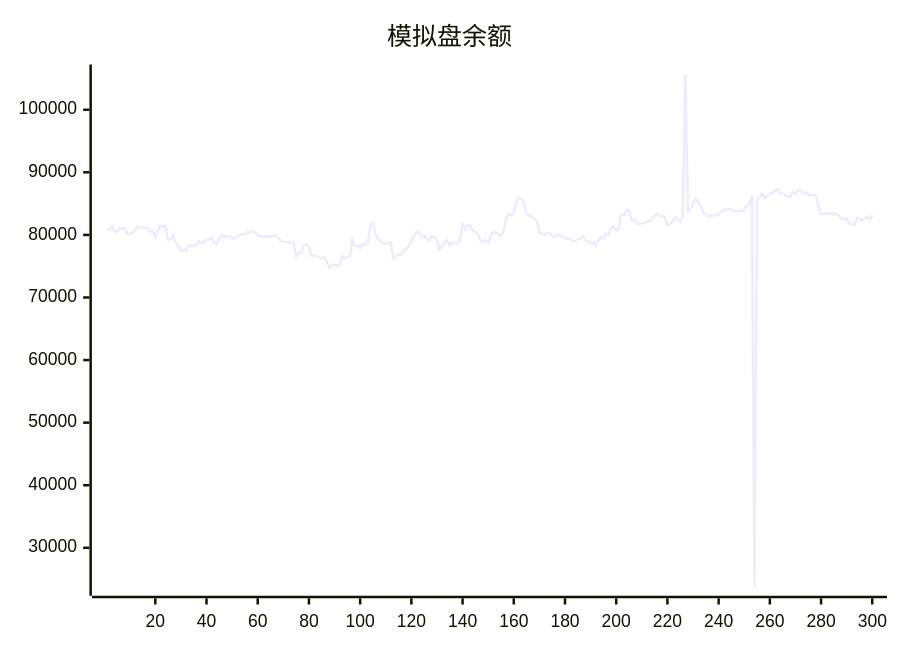
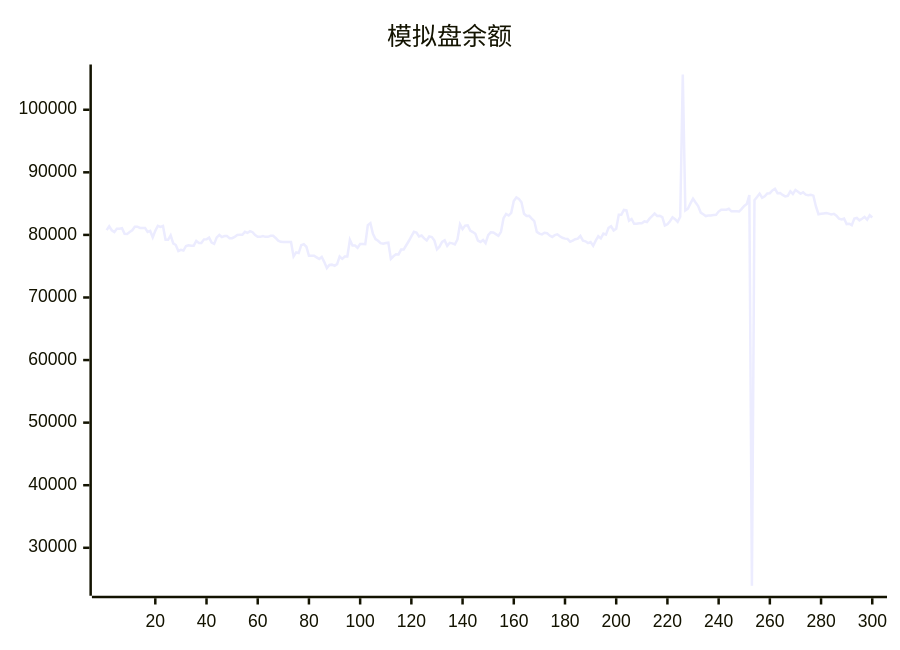
One commit to aahl/ai-trading changed the diagram in README.md. Above: the diagram before and after it, drawn with Mermaid. The commit also changed other lines of this file and 1 other file, not shown here.

````diff
--- a/README.md
+++ b/README.md
@@ -5,5 +5,5 @@
 ```mermaid
 xychart
     title "模拟盘余额"
-    line [80934,80770,81371,80742,80468,80989,80989,81067,80191,80155,80450,80737,81309,81309,81106,81119,81119,80471,80631,79624,80670,81448,81290,81429,79212,79222,79940,78643,78380,77432,77623,77504,78235,78358,78284,78277,79048,78714,78714,79290,79308,79567,78763,78563,79603,79988,79652,79813,79813,79476,79469,79673,79995,80015,80015,80486,80314,80600,80436,79966,79689,79689,79819,79692,79692,79850,79850,79518,79071,78889,78850,78850,78878,78878,76554,77202,77103,78357,78510,78106,76678,76677,76672,76411,76159,76485,75656,74695,75197,75246,75052,75334,76564,76179,76553,76551,79196,78300,78300,77944,78531,78531,78521,81564,81884,80160,79335,79055,78675,78580,78708,78764,76179,76586,76902,76876,77658,77669,78346,79023,79769,80497,80366,79761,79896,79448,79126,79749,79658,79097,77695,78114,78888,79126,78249,78738,78653,78478,79271,81680,80923,81488,81527,80681,80455,80190,79084,78879,79193,78686,79954,80403,80374,80118,79848,80491,82665,83351,83098,83525,85430,85983,85737,85221,83378,83014,83043,82613,82216,80477,80208,80081,80348,80277,79894,79670,79965,80093,79786,79542,79406,79371,78893,79087,79304,79406,79841,79072,78978,78696,78846,78272,79085,79787,79442,80198,80031,81120,81379,80718,80985,83214,83212,83993,83921,82270,82547,81776,81776,81866,81866,82158,82061,82596,83000,83408,83041,83050,82858,81503,81691,82188,82812,82517,82092,82901,105633,83898,84180,85030,85781,85178,84604,83569,83298,83008,83093,83107,83175,83228,83729,84025,84017,84019,84177,83775,83762,83785,83738,84160,84639,84939,86370,23934,85548,86046,86599,85942,86161,86622,86664,87115,87369,86666,86685,86384,86152,86243,86969,86548,87164,86885,86566,86809,86427,86348,86417,86273,84538,83299,83369,83430,83490,83404,83270,83362,83056,82605,82459,82614,81734,81788,81551,82598,82702,82320,82580,82878,82426,83139]
+    line [80770,81371,80742,80468,80989,80989,81067,80191,80155,80450,80737,81309,81309,81106,81119,81119,80471,80631,79624,80670,81448,81290,81429,79212,79222,79940,78643,78380,77432,77623,77504,78235,78358,78284,78277,79048,78714,78714,79290,79308,79567,78763,78563,79603,79988,79652,79813,79813,79476,79469,79673,79995,80015,80015,80486,80314,80600,80436,79966,79689,79689,79819,79692,79692,79850,79850,79518,79071,78889,78850,78850,78878,78878,76554,77202,77103,78357,78510,78106,76678,76677,76672,76411,76159,76485,75656,74695,75197,75246,75052,75334,76564,76179,76553,76551,79196,78300,78300,77944,78531,78531,78521,81564,81884,80160,79335,79055,78675,78580,78708,78764,76179,76586,76902,76876,77658,77669,78346,79023,79769,80497,80366,79761,79896,79448,79126,79749,79658,79097,77695,78114,78888,79126,78249,78738,78653,78478,79271,81680,80923,81488,81527,80681,80455,80190,79084,78879,79193,78686,79954,80403,80374,80118,79848,80491,82665,83351,83098,83525,85430,85983,85737,85221,83378,83014,83043,82613,82216,80477,80208,80081,80348,80277,79894,79670,79965,80093,79786,79542,79406,79371,78893,79087,79304,79406,79841,79072,78978,78696,78846,78272,79085,79787,79442,80198,80031,81120,81379,80718,80985,83214,83212,83993,83921,82270,82547,81776,81776,81866,81866,82158,82061,82596,83000,83408,83041,83050,82858,81503,81691,82188,82812,82517,82092,82901,105633,83898,84180,85030,85781,85178,84604,83569,83298,83008,83093,83107,83175,83228,83729,84025,84017,84019,84177,83775,83762,83785,83738,84160,84639,84939,86370,23934,85548,86046,86599,85942,86161,86622,86664,87115,87369,86666,86685,86384,86152,86243,86969,86548,87164,86885,86566,86809,86427,86348,86417,86273,84538,83299,83369,83430,83490,83404,83270,83362,83056,82605,82459,82614,81734,81788,81551,82598,82702,82320,82580,82878,82426,83139,82778]
 ```
````
